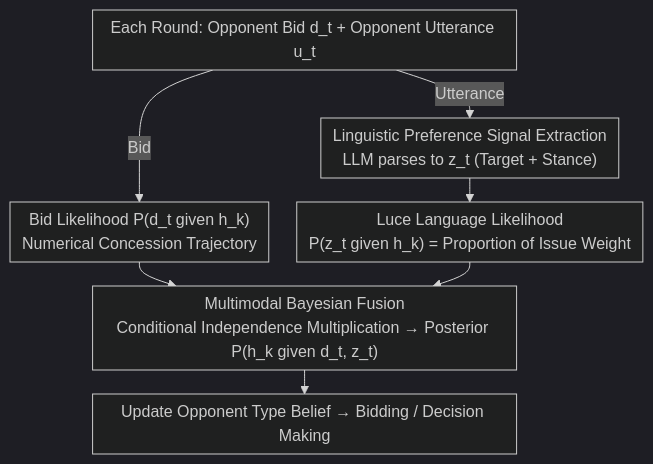
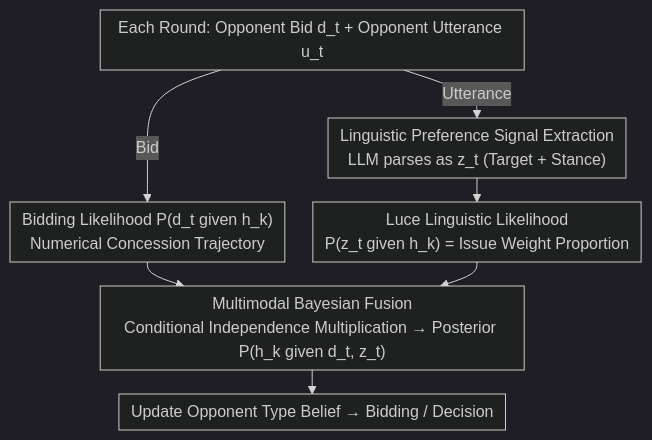
One commit to zhaoyang97/Paper-Notes-en changed the diagram in docs/ACL2026/multi_agent/preference_estimation_via_opponent_modeling_in_multi-agent_negotiation.md. Above: the diagram before and after it, drawn with Mermaid (dark theme). The commit also changed other lines of this file and 5084 other files, not shown here.

````diff
--- a/docs/ACL2026/multi_agent/preference_estimation_via_opponent_modeling_in_multi-agent_negotiation.md
+++ b/docs/ACL2026/multi_agent/preference_estimation_via_opponent_modeling_in_multi-agent_negotiation.md
@@ -44,11 +44,11 @@
 ```mermaid
 %%{init: {'flowchart': {'rankSpacing': 24, 'nodeSpacing': 28, 'padding': 6, 'wrappingWidth': 400}}}%%
 flowchart TD
     A["Each Round: Opponent Bid d_t + Opponent Utterance u_t"]
-    A -->|Bid| B["Bid Likelihood P(d_t given h_k)<br/>Numerical Concession Trajectory"]
-    A -->|Utterance| C["Linguistic Preference Signal Extraction<br/>LLM parses to z_t (Target + Stance)"]
-    C --> D["Luce Language Likelihood<br/>P(z_t given h_k) = Proportion of Issue Weight"]
+    A -->|Bid| B["Bidding Likelihood P(d_t given h_k)<br/>Numerical Concession Trajectory"]
+    A -->|Utterance| C["Linguistic Preference Signal Extraction<br/>LLM parses as z_t (Target + Stance)"]
+    C --> D["Luce Linguistic Likelihood<br/>P(z_t given h_k) = Issue Weight Proportion"]
     B --> E["Multimodal Bayesian Fusion<br/>Conditional Independence Multiplication → Posterior P(h_k given d_t, z_t)"]
     D --> E
-    E --> F["Update Opponent Type Belief → Bidding / Decision Making"]
+    E --> F["Update Opponent Type Belief → Bidding / Decision"]
 ```
````
